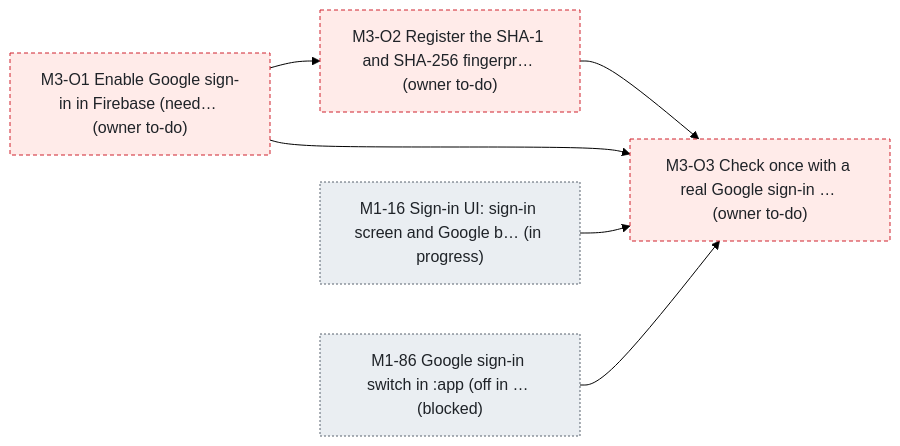
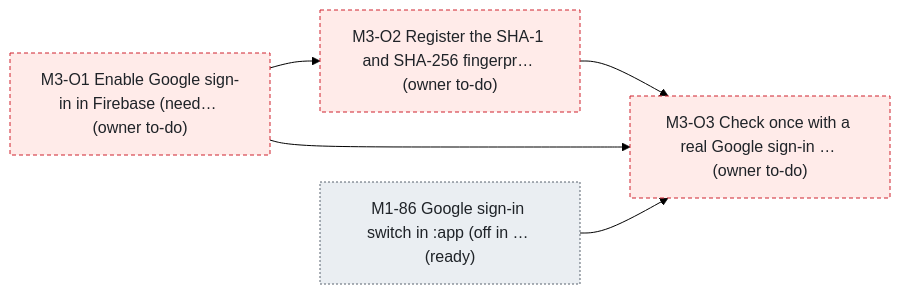
The third of 4 diagrams in status.md (bondo/listicles2), drawn with Mermaid (forest theme) before and after one commit. The commit also changed other lines of this file and 3 other files, not shown here.

````diff
--- a/status.md
+++ b/status.md
@@ -392,18 +389,16 @@
 ```mermaid
 flowchart LR
     n0["M3-O1 Enable Google sign-in in Firebase (need… (owner to-do)"]:::owner
     n1["M3-O2 Register the SHA-1 and SHA-256 fingerpr… (owner to-do)"]:::owner
     n2["M3-O3 Check once with a real Google sign-in … (owner to-do)"]:::owner
-    n3["M1-16 Sign-in UI: sign-in screen and Google b… (in progress)"]:::ext
-    n4["M1-86 Google sign-in switch in :app (off in … (blocked)"]:::ext
+    n3["M1-86 Google sign-in switch in :app (off in … (ready)"]:::ext
     n0 --> n1
     n1 --> n2
     n0 --> n2
     n3 --> n2
-    n4 --> n2
     classDef ready fill:#dafbe1,stroke:#1a7f37,color:#1f2328
     classDef progress fill:#ddf4ff,stroke:#0969da,color:#1f2328
     classDef blocked fill:#fff8c5,stroke:#9a6700,color:#1f2328
     classDef owner fill:#ffebe9,stroke:#cf222e,color:#1f2328,stroke-dasharray:4 3
     classDef ext fill:#eaeef2,stroke:#59636e,color:#1f2328,stroke-dasharray:2 2
 ```
````
